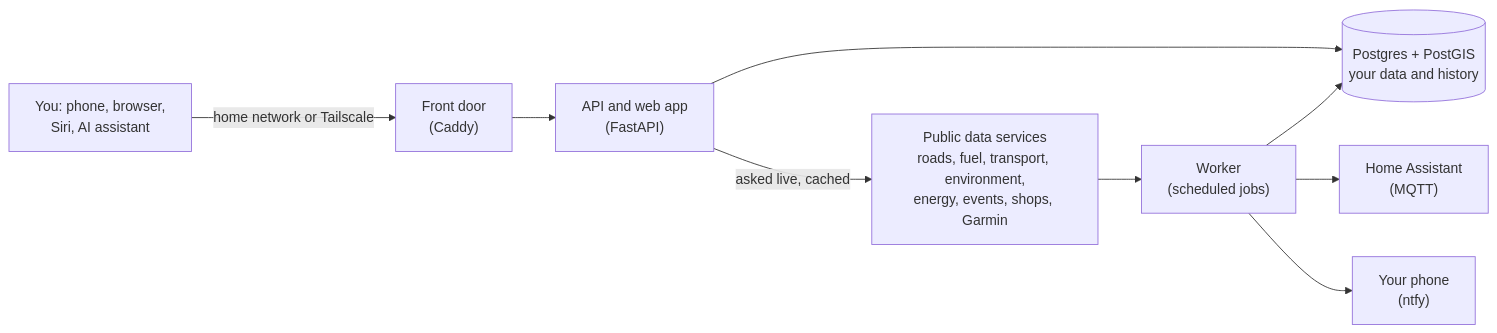
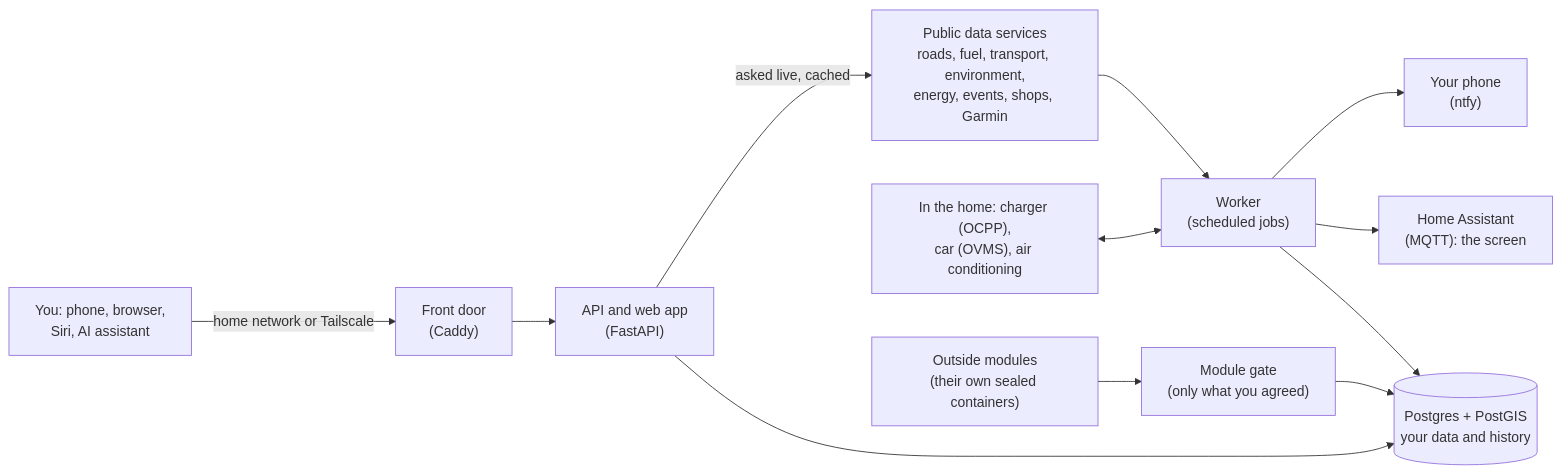
One commit to rpearson-dot/world-assistant changed the diagram in README.md. Above: the diagram before and after it, drawn with Mermaid. The commit also changed other lines of this file and 35 other files, not shown here.

First line of the commit message:
Release 0.55.0: outside modules, and Home Assistant as the screen (#176)

````diff
--- a/README.md
+++ b/README.md
@@ -66,11 +96,14 @@
 ```mermaid
 flowchart LR
   you["You: phone, browser,<br/>Siri, AI assistant"] -->|home network or Tailscale| door["Front door<br/>(Caddy)"]
   door --> api["API and web app<br/>(FastAPI)"]
   api --> db[("Postgres + PostGIS<br/>your data and history")]
   worker["Worker<br/>(scheduled jobs)"] --> db
   sources["Public data services<br/>roads, fuel, transport, environment,<br/>energy, events, shops, Garmin"] --> worker
   api -->|asked live, cached| sources
-  worker --> ha["Home Assistant<br/>(MQTT)"]
+  worker --> ha["Home Assistant<br/>(MQTT): the screen"]
   worker --> ntfy["Your phone<br/>(ntfy)"]
+  home["In the home: charger (OCPP),<br/>car (OVMS), air conditioning"] <--> worker
+  outside["Outside modules<br/>(their own sealed containers)"] --> gate["Module gate<br/>(only what you agreed)"]
+  gate --> db
 ```
````
